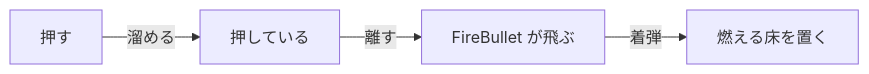
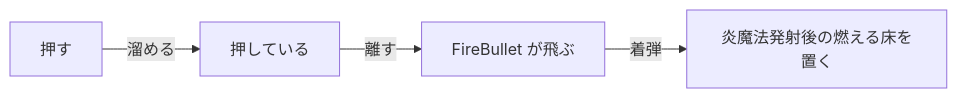
The diagram in Action/docs/ゲーム/魔法/炎魔法の設計.md (hirota-ryuki/Action), drawn with Mermaid before and after one commit. The commit also changed other lines of this file and 12 other files, not shown here.

````diff
--- a/Action/docs/ゲーム/魔法/炎魔法の設計.md
+++ b/Action/docs/ゲーム/魔法/炎魔法の設計.md
@@ -17,6 +17,6 @@
 ```mermaid
 flowchart LR
     P[押す] -->|溜める| H[押している]
     H -->|離す| B[FireBullet が飛ぶ]
-    B -->|着弾| G[燃える床を置く]
+    B -->|着弾| G[炎魔法発射後の燃える床を置く]
 ```
````
